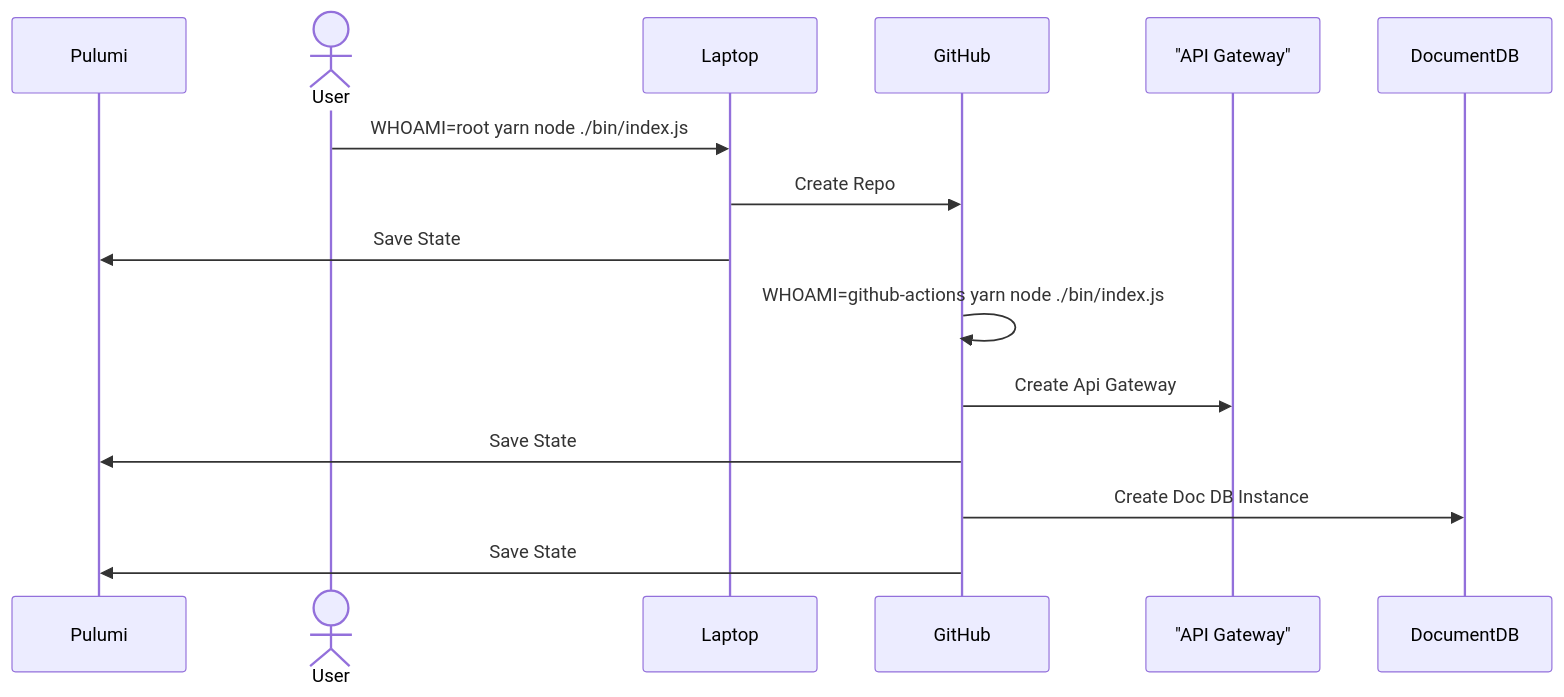
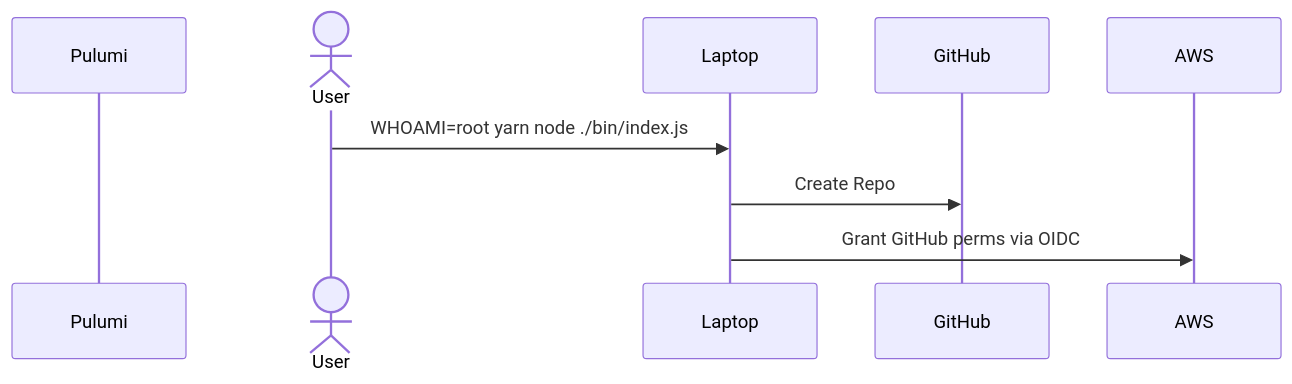
Before and after one commit to mchaynes/pulumi-bootstrap: the diagram in README.md, drawn with Mermaid.

````diff
--- a/README.md
+++ b/README.md
@@ -64,17 +64,11 @@
 ```mermaid
 sequenceDiagram
     participant Pulumi
     actor User
     participant Laptop
     participant GitHub
-    participant API as "API Gateway"
-    participant Doc as DocumentDB
+    participant AWS
     User ->> Laptop: WHOAMI=root yarn node ./bin/index.js
     Laptop ->> GitHub: Create Repo
-    Laptop ->> Pulumi: Save State 
-    GitHub ->> GitHub: WHOAMI=github-actions yarn node ./bin/index.js
-    GitHub ->> API: Create Api Gateway
-    GitHub ->> Pulumi: Save State
-    GitHub ->> Doc: Create Doc DB Instance
-    GitHub ->> Pulumi: Save State
+    Laptop ->> AWS: Grant GitHub perms via OIDC
 ```
````
